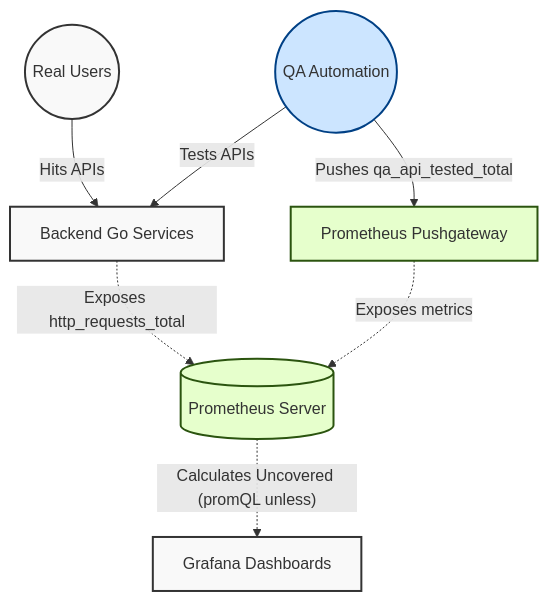
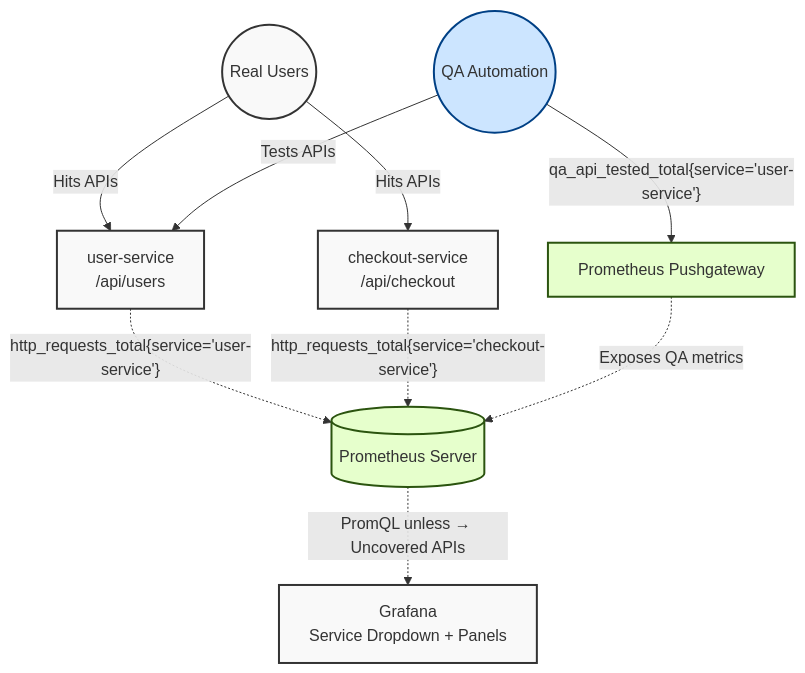
Before and after one commit to chaubeySumit/code-coverage-prometheous: the diagram in doc/02_architecture_diagram.md, drawn with Mermaid. The commit also changed other lines of this file and 4 other files, not shown here.

Commit message:
docs: Update all documentation to reflect multi-service architecture

````diff
--- a/doc/02_architecture_diagram.md
+++ b/doc/02_architecture_diagram.md
@@ -5,29 +5,32 @@
 ```mermaid
 graph TD
     %% Entities
     Users((Real Users))
     QA((QA Automation))
-    Backend[Backend Go Services]
+    US[user-service\n/api/users]
+    CS[checkout-service\n/api/checkout]
     PushGW[Prometheus Pushgateway]
     Prom[(Prometheus Server)]
-    Grafana[Grafana Dashboards]
+    Grafana[Grafana\nService Dropdown + Panels]
 
     %% Traffic Flow
-    Users -- Hits APIs --> Backend
-    QA -- Tests APIs --> Backend
+    Users -- Hits APIs --> US
+    Users -- Hits APIs --> CS
+    QA -- Tests APIs --> US
 
     %% Metrics Flow
-    Backend -. Exposes http_requests_total .-> Prom
-    QA -- Pushes qa_api_tested_total --> PushGW
-    PushGW -. Exposes metrics .-> Prom
+    US -. "http_requests_total{service='user-service'}" .-> Prom
+    CS -. "http_requests_total{service='checkout-service'}" .-> Prom
+    QA -- "qa_api_tested_total{service='user-service'}" --> PushGW
+    PushGW -. Exposes QA metrics .-> Prom
 
     %% Visualization
-    Prom -. "Calculates Uncovered (promQL unless)" .-> Grafana
+    Prom -. "PromQL unless → Uncovered APIs" .-> Grafana
 
     classDef default fill:#f9f9f9,stroke:#333,stroke-width:2px;
     classDef qa fill:#cce5ff,stroke:#004085;
     classDef prom fill:#e6ffcc,stroke:#2b540f;
     class Users default;
     class QA qa;
     class Prom,PushGW prom;
 ```
````
